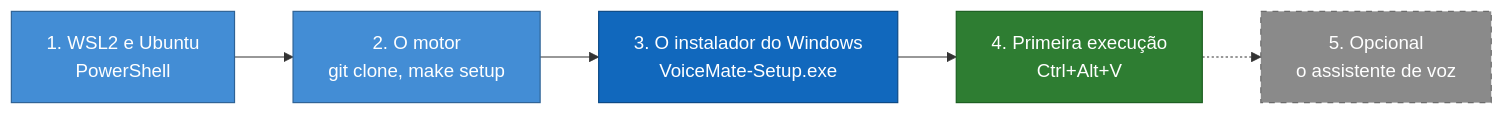
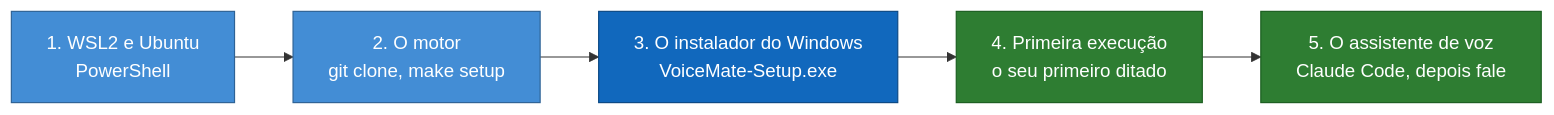
One commit to nano-br/voice-mate changed the diagram in docs/install-guide.pt-BR.md. Above: the diagram before and after it, drawn with Mermaid. The commit also changed other lines of this file and 29 other files, not shown here.

````diff
--- a/docs/install-guide.pt-BR.md
+++ b/docs/install-guide.pt-BR.md
@@ -13,16 +13,14 @@
 ```mermaid
 flowchart LR
     s1["1. WSL2 e Ubuntu<br/>PowerShell"] --> s2["2. O motor<br/>git clone, make setup"]
     s2 --> s3["3. O instalador do Windows<br/>VoiceMate-Setup.exe"]
-    s3 --> s4["4. Primeira execução<br/>Ctrl+Alt+V"]
-    s4 -.-> s5["5. Opcional<br/>o assistente de voz"]
+    s3 --> s4["4. Primeira execução<br/>o seu primeiro ditado"]
+    s4 --> s5["5. O assistente de voz<br/>Claude Code, depois fale"]
 
     classDef system fill:#1168bd,stroke:#0b4884,color:#ffffff
     classDef container fill:#438dd5,stroke:#2e6295,color:#ffffff
     classDef ok fill:#2e7d32,stroke:#1b5e20,color:#ffffff
-    classDef optional fill:#8a8a8a,stroke:#6b6b6b,color:#ffffff,stroke-dasharray:5 5
     class s1,s2 container
     class s3 system
-    class s4 ok
-    class s5 optional
+    class s4,s5 ok
 ```
````
